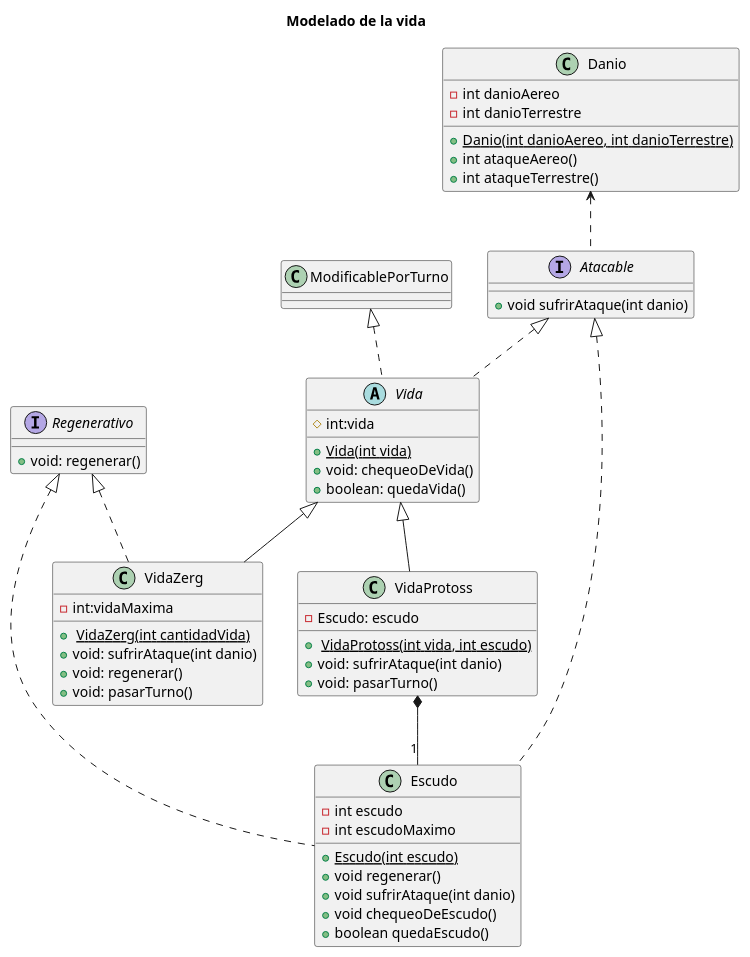
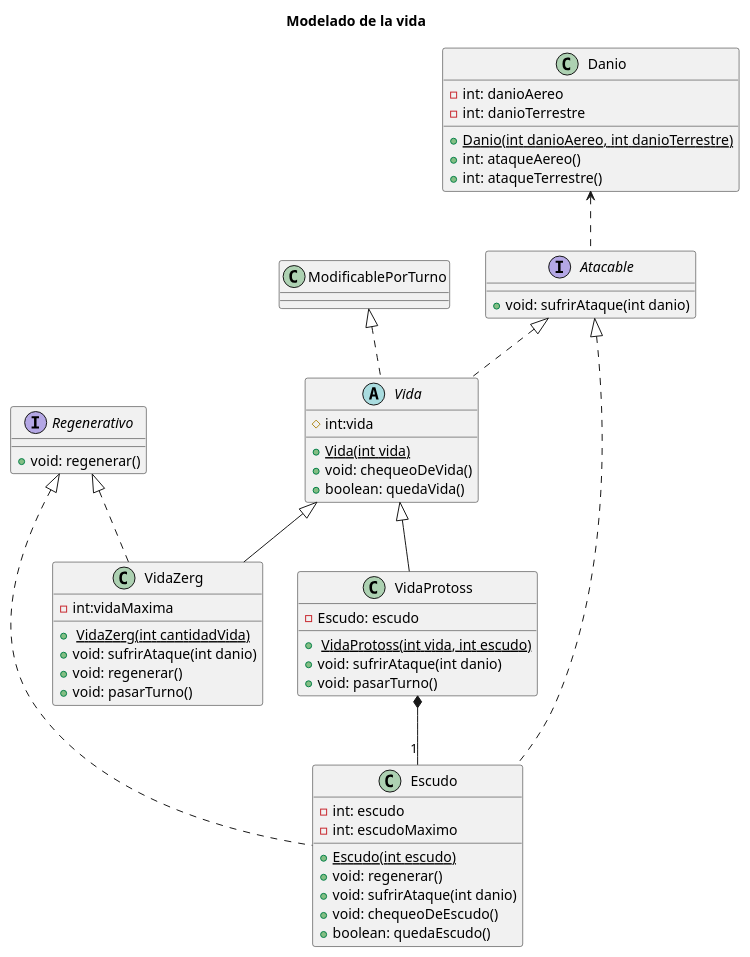
Before and after one commit to m-cabrerar/AlgoStar: the diagram in diagrams/classes/Vida.puml, drawn with PlantUML. The commit also changed 20 other files, not shown here.

Commit message:
UML actualizacion

```diff
--- a/diagrams/classes/Vida.puml
+++ b/diagrams/classes/Vida.puml
@@ -1,68 +1,68 @@
 @startuml
 'https://plantuml.com/class-diagram
 title Modelado de la vida
 abstract class Vida{
 #int:vida
 
 +<u>Vida(int vida)
 +void: chequeoDeVida()
 +boolean: quedaVida()
 }
 class VidaZerg{
 -int:vidaMaxima
 
 +<u> VidaZerg(int cantidadVida)
 + void: sufrirAtaque(int danio)
 + void: regenerar()
 + void: pasarTurno()
 }
 
 class VidaProtoss{
 -Escudo: escudo
 
 +<u> VidaProtoss(int vida, int escudo)
 + void: sufrirAtaque(int danio)
 + void: pasarTurno()
 
 }
 
 interface Regenerativo{
 +void: regenerar()
 }
 
 interface Atacable {
-+void sufrirAtaque(int danio)
++void: sufrirAtaque(int danio)
 }
 
 class Escudo{
--int escudo
--int escudoMaximo
+-int: escudo
+-int: escudoMaximo
 
 +<u>Escudo(int escudo)
-+ void regenerar()
-+ void sufrirAtaque(int danio)
-+ void chequeoDeEscudo()
-+ boolean quedaEscudo()
++ void: regenerar()
++ void: sufrirAtaque(int danio)
++ void: chequeoDeEscudo()
++ boolean: quedaEscudo()
 }
 
 class Danio{
--int danioAereo
--int danioTerrestre
+-int: danioAereo
+-int: danioTerrestre
 
 +<u>Danio(int danioAereo, int danioTerrestre)
-+int ataqueAereo()
-+int ataqueTerrestre()
++int: ataqueAereo()
++int: ataqueTerrestre()
 }
 
 VidaProtoss *-- "1"Escudo
 Regenerativo <|.. Escudo
 Atacable <|.. Escudo
 
 Danio <.. Atacable
 Vida <|-- VidaProtoss
 Vida <|-- VidaZerg
 Regenerativo <|.. VidaZerg
 Atacable <|.. Vida
 ModificablePorTurno <|.. Vida
 
 @enduml
```
